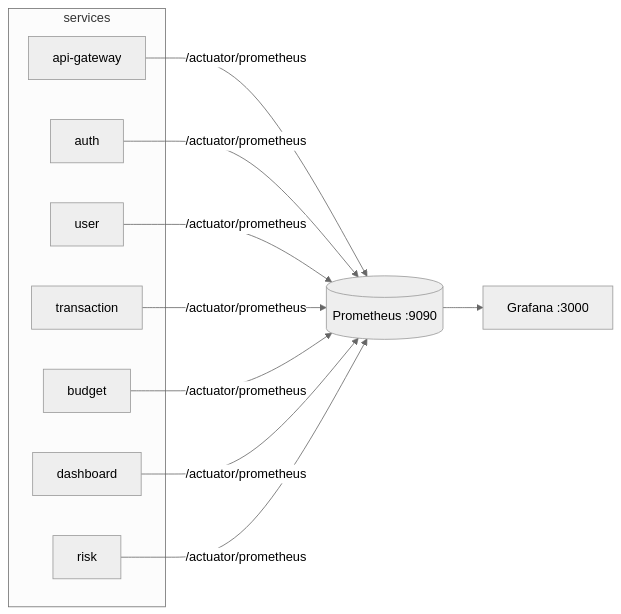
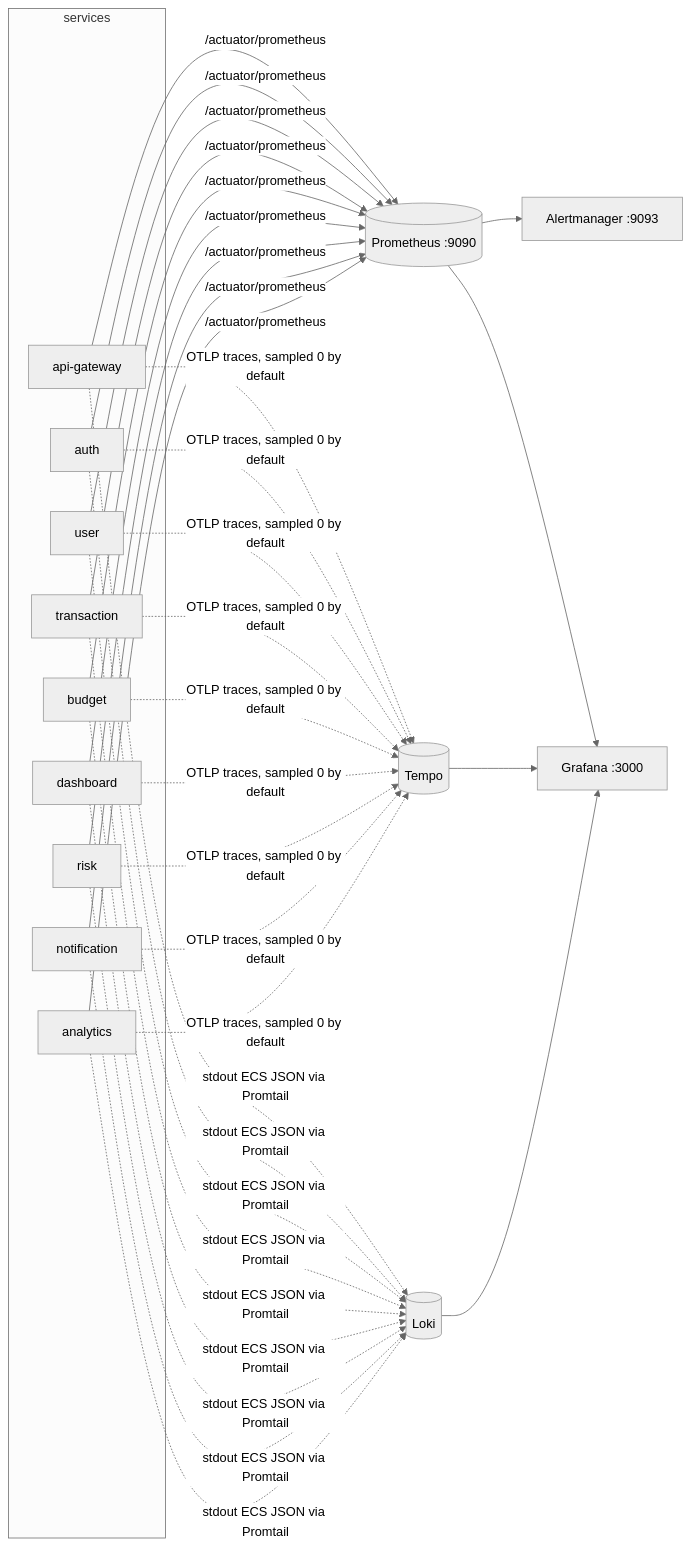
One commit to Trieu-hub/finsight-platform changed the second of 4 diagrams in docs/architecture.md. Above: the diagram before and after it, drawn with Mermaid (neutral theme). The commit also changed other lines of this file, not shown here.

Commit message:
docs: bring the architecture doc back in line with the code

````diff
--- a/docs/architecture.md
+++ b/docs/architecture.md
@@ -207,10 +247,19 @@
 ```mermaid
 graph LR
   subgraph services
     a[api-gateway] ; b[auth] ; c[user] ; d[transaction] ; e[budget] ; f[dashboard] ; g[risk]
+    h[notification] ; i[analytics]
   end
   P[(Prometheus :9090)]
+  A[Alertmanager :9093]
+  T[(Tempo)]
+  L[(Loki)]
   G[Grafana :3000]
-  a & b & c & d & e & f & g -->|/actuator/prometheus| P
+  a & b & c & d & e & f & g & h & i -->|/actuator/prometheus| P
+  a & b & c & d & e & f & g & h & i -.->|OTLP traces, sampled 0 by default| T
+  a & b & c & d & e & f & g & h & i -.->|stdout ECS JSON via Promtail| L
+  P --> A
   P --> G
+  T --> G
+  L --> G
 ```
````
